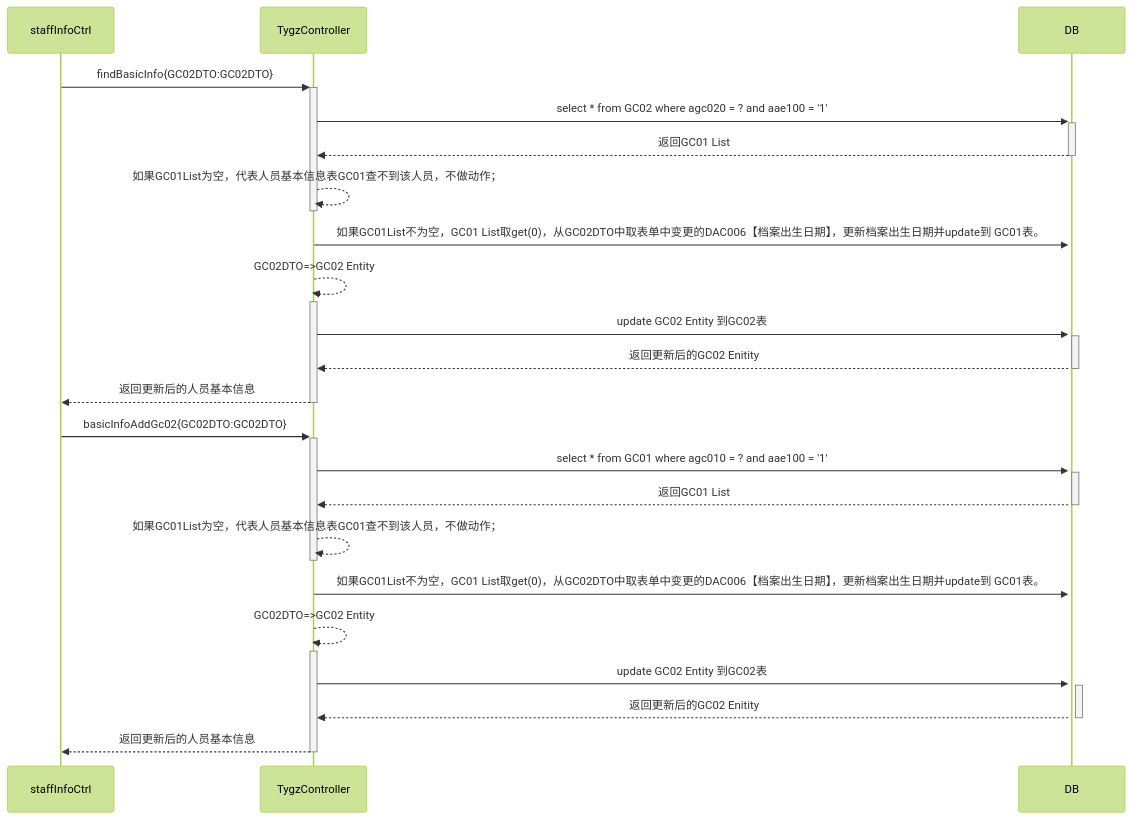
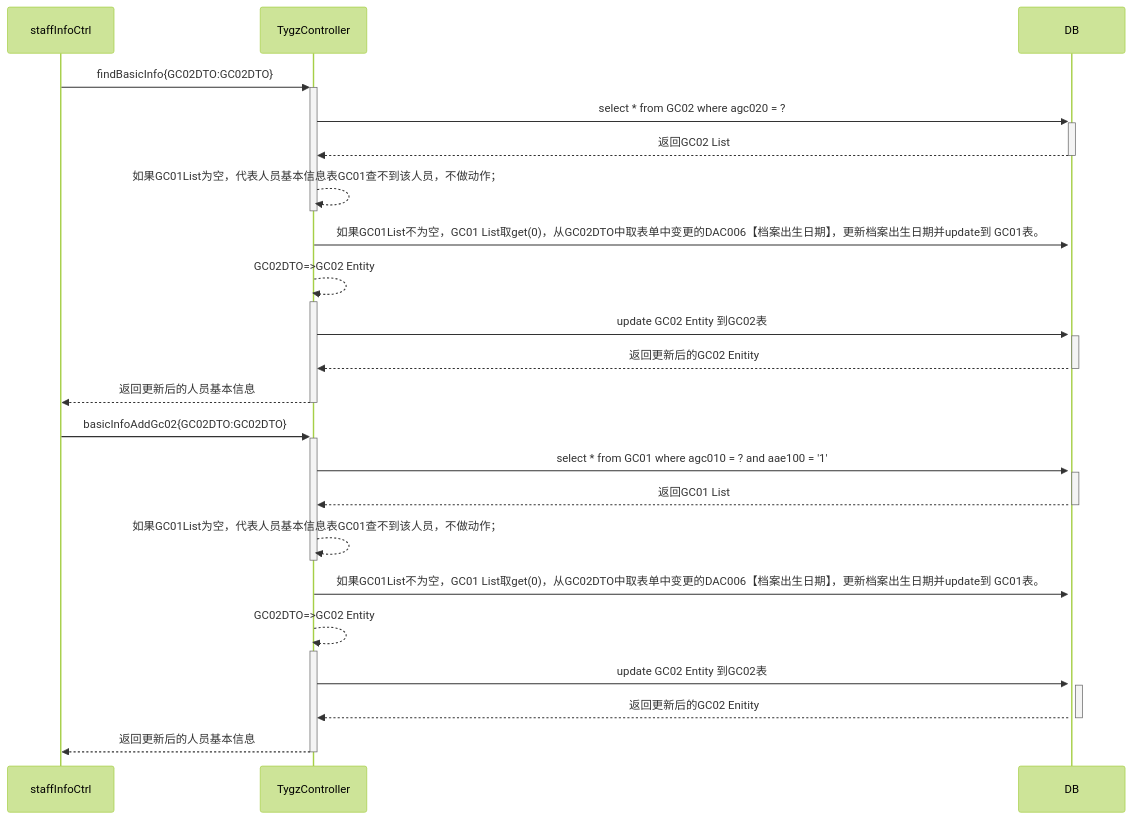
Before and after one commit to ZhangJianBeiJing/iodraw-files: the diagram in all/未命名-1.md, drawn with Mermaid (forest theme).

Commit message:
2025-03-24 18:07:23 update

````diff
--- a/all/未命名-1.md
+++ b/all/未命名-1.md
@@ -1,26 +1,26 @@
 ```mermaid
 sequenceDiagram
     staffInfoCtrl->>+TygzController:findBasicInfo{GC02DTO:GC02DTO}
-    TygzController->>+DB:select * from GC02 where agc020 = ? and aae100 = '1'
-    DB-->>-TygzController:返回GC01 List
+    TygzController->>+DB:select * from GC02 where agc020 = ?
+    DB-->>-TygzController:返回GC02 List
     TygzController-->>-TygzController:如果GC01List为空，代表人员基本信息表GC01查不到该人员，不做动作；
     TygzController->>+DB:如果GC01List不为空，GC01 List取get(0)，从GC02DTO中取表单中变更的DAC006【档案出生日期】，更新档案出生日期并update到 GC01表。
     TygzController-->>+TygzController:GC02DTO=>GC02 Entity
     TygzController->>+DB:update GC02 Entity 到GC02表
     DB-->>-TygzController:返回更新后的GC02 Enitity
     TygzController-->>-staffInfoCtrl:返回更新后的人员基本信息
 
     staffInfoCtrl->>+TygzController:basicInfoAddGc02{GC02DTO:GC02DTO}
     TygzController->>+DB:select * from GC01 where agc010 = ? and aae100 = '1'
     DB-->>-TygzController:返回GC01 List
     TygzController-->>-TygzController:如果GC01List为空，代表人员基本信息表GC01查不到该人员，不做动作；
     TygzController->>+DB:如果GC01List不为空，GC01 List取get(0)，从GC02DTO中取表单中变更的DAC006【档案出生日期】，更新档案出生日期并update到 GC01表。
     TygzController-->>+TygzController:GC02DTO=>GC02 Entity
     TygzController->>+DB:update GC02 Entity 到GC02表
     DB-->>-TygzController:返回更新后的GC02 Enitity
     TygzController-->>-staffInfoCtrl:返回更新后的人员基本信息
 
 
 
 
 ```
````
